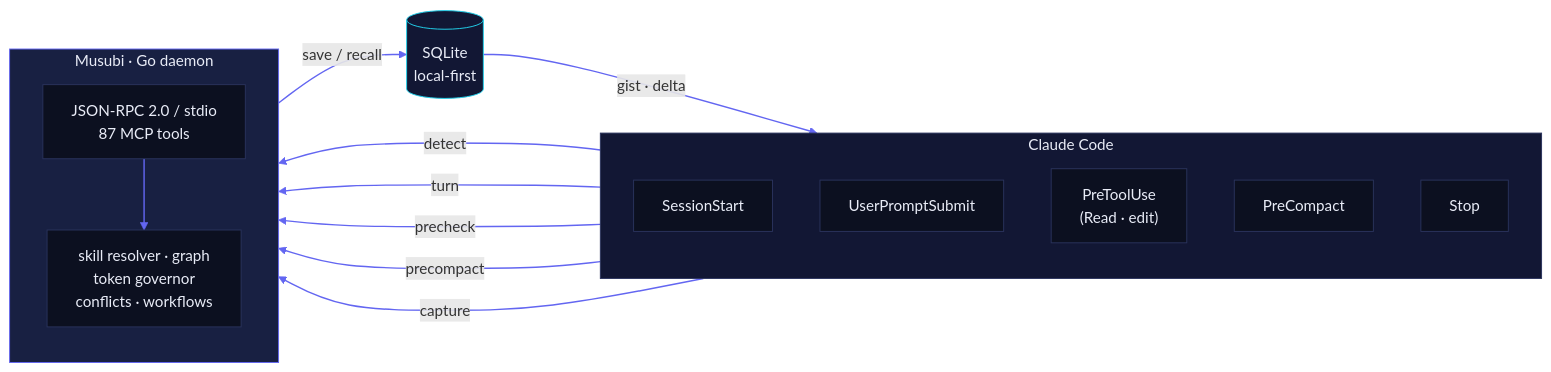
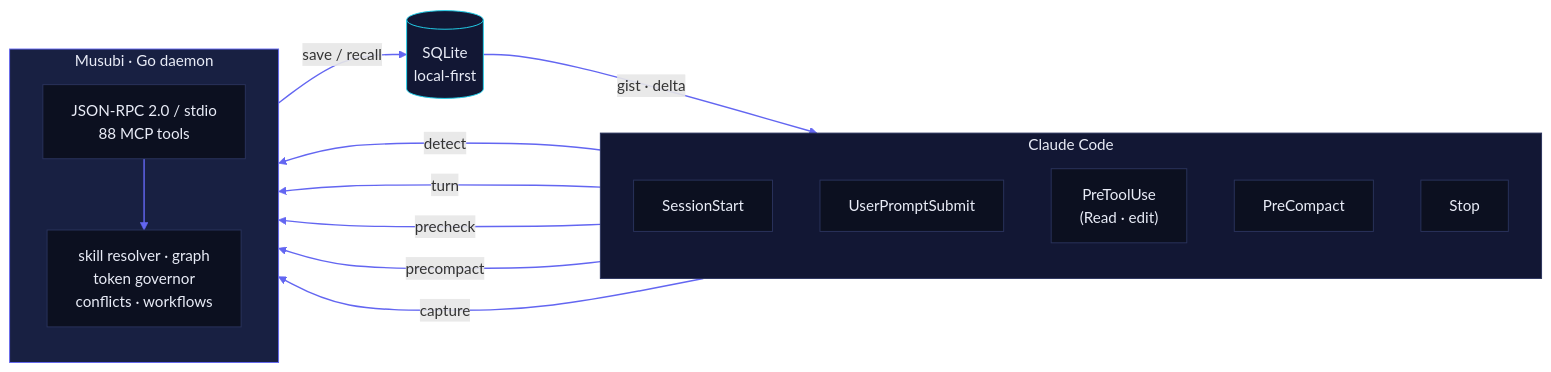
Before and after one commit to codeabraham16/musubi: the first of 3 diagrams in README.en.md, drawn with Mermaid. The commit also changed other lines of this file and 21 other files, not shown here.

````diff
--- a/README.en.md
+++ b/README.en.md
@@ -95,34 +95,34 @@
 ```mermaid
 flowchart LR
     subgraph CC["Claude Code"]
         direction TB
         H1["SessionStart"]
         H2["UserPromptSubmit"]
         H3["PreToolUse<br/>(Read · edit)"]
         H4["PreCompact"]
         H5["Stop"]
     end
     subgraph M["Musubi · Go daemon"]
         direction TB
-        RPC["JSON-RPC 2.0 / stdio<br/>87 MCP tools"]
+        RPC["JSON-RPC 2.0 / stdio<br/>88 MCP tools"]
         COG["skill resolver · graph<br/>token governor<br/>conflicts · workflows"]
     end
     DB[("SQLite<br/>local-first")]
 
     H1 -- "detect" --> RPC
     H2 -- "turn" --> RPC
     H3 -- "precheck" --> RPC
     H4 -- "precompact" --> RPC
     H5 -- "capture" --> RPC
     RPC --> COG
     COG -- "save / recall" --> DB
     DB -- "gist · delta" --> CC
 
     classDef cc fill:#121734,stroke:#2A335C,color:#E9ECF7;
     classDef mm fill:#182042,stroke:#6366F1,color:#E9ECF7;
     classDef db fill:#121734,stroke:#22D3EE,color:#E9ECF7;
     classDef nd fill:#0C1020,stroke:#2A335C,color:#E9ECF7;
     class CC cc; class M mm; class DB db;
     class H1,H2,H3,H4,H5,RPC,COG nd;
     linkStyle default stroke:#6366F1,stroke-width:1.5px;
 ```
````
